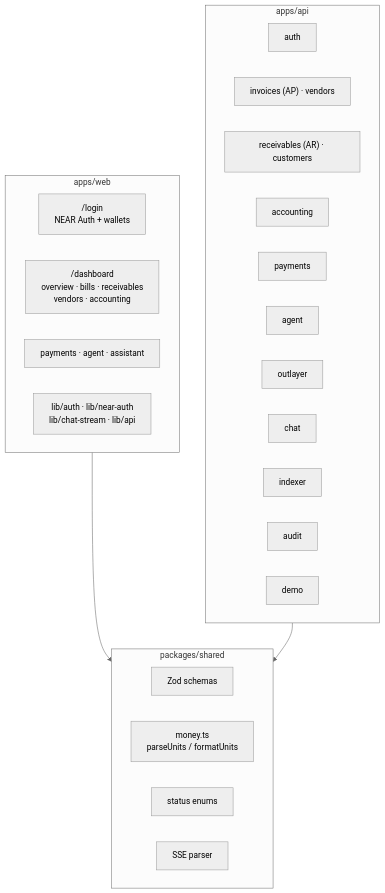
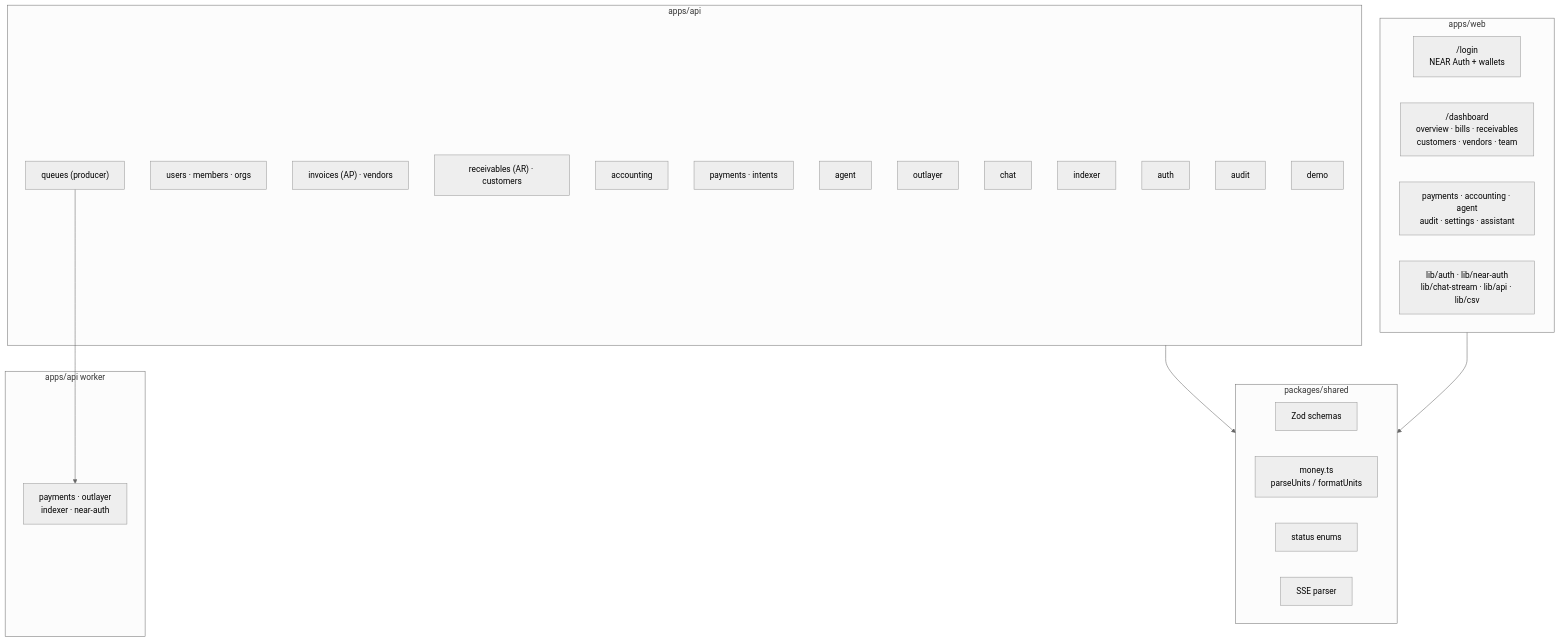
The second of 16 diagrams in docs/architecture.md (cryingraven/keiz-platform), drawn with Mermaid (neutral theme) before and after one commit. The commit also changed other lines of this file and 7 other files, not shown here.

````diff
--- a/docs/architecture.md
+++ b/docs/architecture.md
@@ -86,33 +98,40 @@
 ```mermaid
 flowchart TB
   subgraph Web["apps/web"]
     Login["/login<br/>NEAR Auth + wallets"]
-    Dash["/dashboard<br/>overview · bills · receivables<br/>vendors · accounting"]
-    PayUI["payments · agent · assistant"]
-    Lib["lib/auth · lib/near-auth<br/>lib/chat-stream · lib/api"]
+    Dash["/dashboard<br/>overview · bills · receivables<br/>customers · vendors · team"]
+    Ops["payments · accounting · agent<br/>audit · settings · assistant"]
+    Lib["lib/auth · lib/near-auth<br/>lib/chat-stream · lib/api · lib/csv"]
   end
 
   subgraph Shared["packages/shared"]
     Schemas["Zod schemas"]
     Money["money.ts<br/>parseUnits / formatUnits"]
     Status["status enums"]
     SSE["SSE parser"]
   end
 
   subgraph Api["apps/api"]
     Auth["auth"]
+    Users["users · members · orgs"]
     Inv["invoices (AP) · vendors"]
     AR["receivables (AR) · customers"]
     Books["accounting"]
-    Payments["payments"]
+    Payments["payments · intents"]
     Agent["agent"]
     Outlayer["outlayer"]
     Chat["chat"]
     Indexer["indexer"]
+    Queues["queues (producer)"]
     Audit["audit"]
     Demo["demo"]
   end
 
+  subgraph Worker["apps/api worker"]
+    Jobs["payments · outlayer<br/>indexer · near-auth"]
+  end
+
   Web --> Shared
   Api --> Shared
+  Queues --> Jobs
 ```
````
